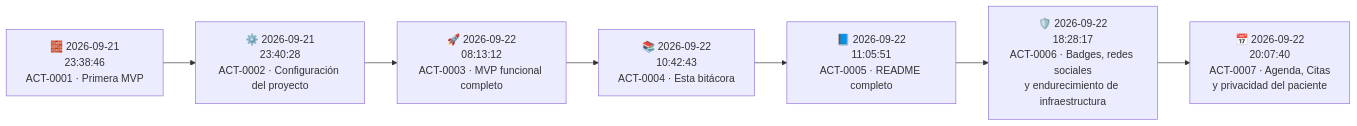
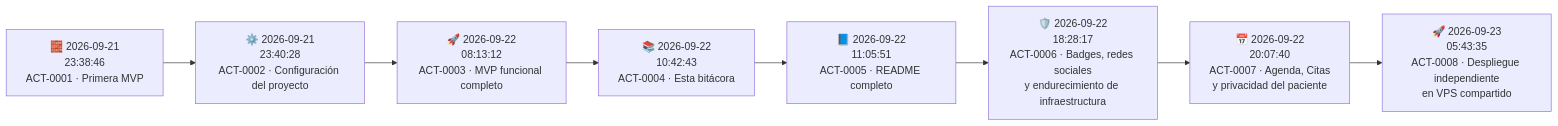
The second of 2 diagrams in Actualizaciones.md (merchandev/guiamedicamonagas), drawn with Mermaid before and after one commit. The commit also changed other lines of this file, not shown here.

First line of the commit message:
docs: log ACT-0008 in Actualizaciones.md

````diff
--- a/Actualizaciones.md
+++ b/Actualizaciones.md
@@ -104,12 +104,13 @@
 ```mermaid
 flowchart LR
     A[🧱 2026-09-21\n23:38:46\nACT-0001 · Primera MVP]
     B[⚙️ 2026-09-21\n23:40:28\nACT-0002 · Configuración del proyecto]
     C[🚀 2026-09-22\n08:13:12\nACT-0003 · MVP funcional completo]
     D[📚 2026-09-22\n10:42:43\nACT-0004 · Esta bitácora]
     E[📘 2026-09-22\n11:05:51\nACT-0005 · README completo]
     F[🛡️ 2026-09-22\n18:28:17\nACT-0006 · Badges, redes sociales\ny endurecimiento de infraestructura]
     G[📅 2026-09-22\n20:07:40\nACT-0007 · Agenda, Citas\ny privacidad del paciente]
+    H[🚀 2026-09-23\n05:43:35\nACT-0008 · Despliegue independiente\nen VPS compartido]
 
-    A --> B --> C --> D --> E --> F --> G
+    A --> B --> C --> D --> E --> F --> G --> H
 ```
````
